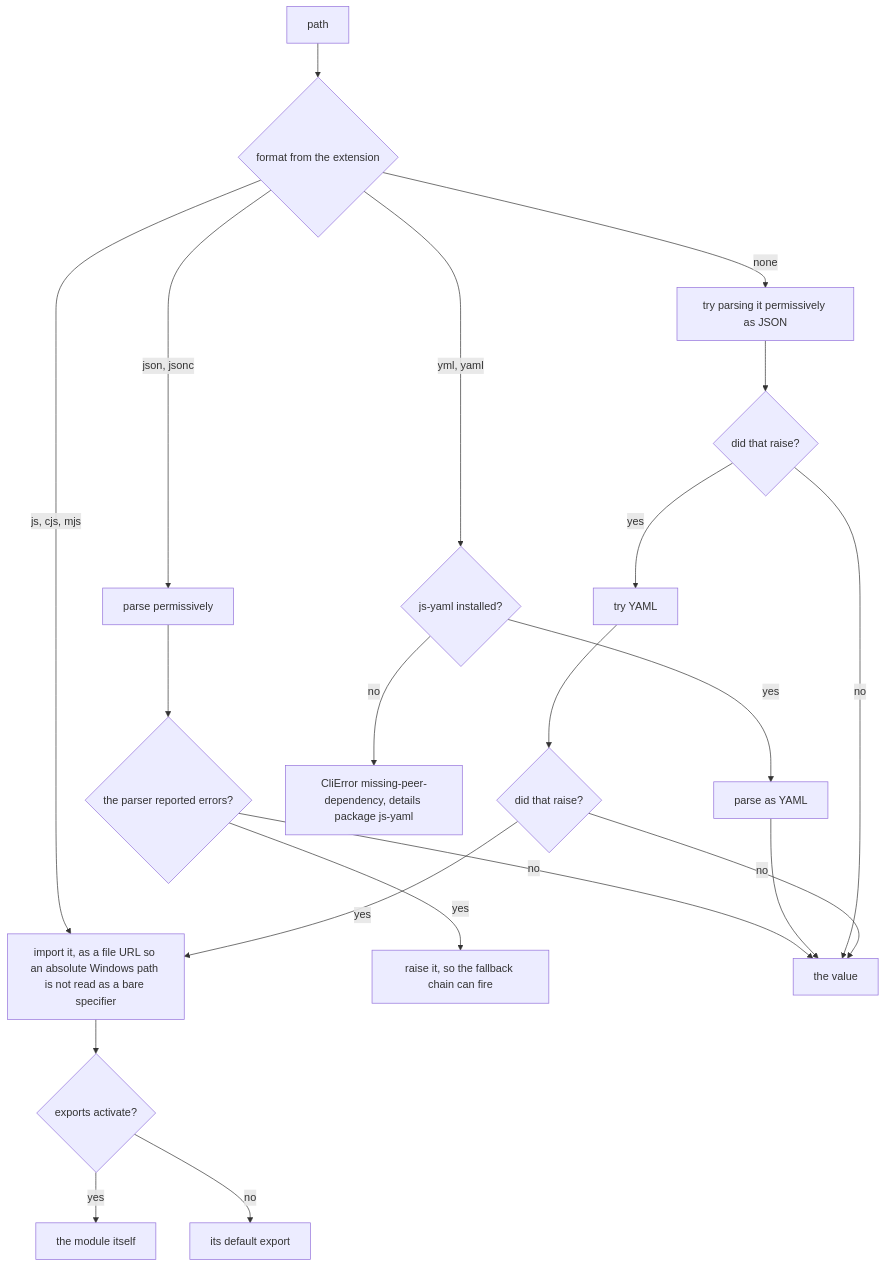
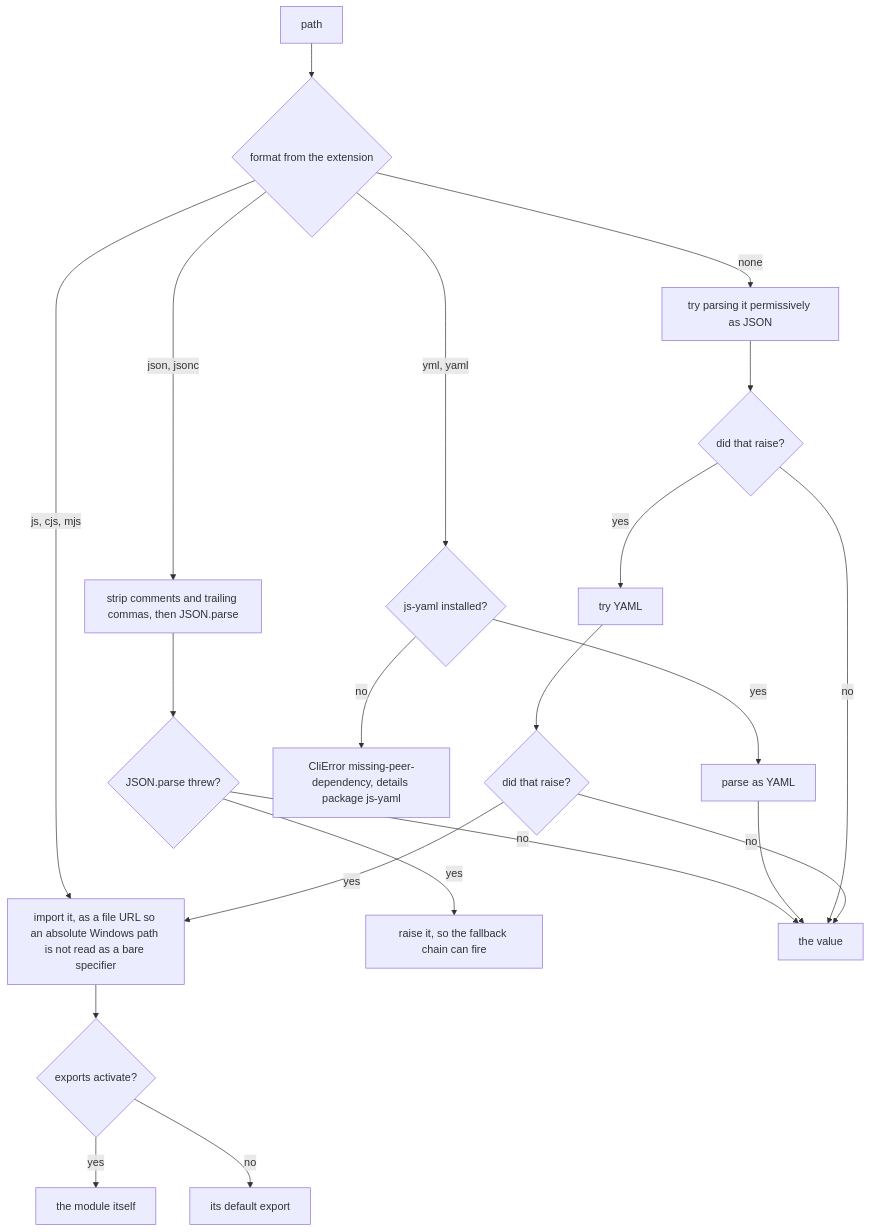
The fourth of 5 diagrams in packages/clibuilder/.agents/spec/configuration/README.md (clibuilder/clibuilder), drawn with Mermaid before and after one commit. The commit also changed 8 other files, not shown here.

First line of the commit message:
perf(config): replace jsonc-parser with an internal stripJsonc (#694)

````diff
--- a/packages/clibuilder/.agents/spec/configuration/README.md
+++ b/packages/clibuilder/.agents/spec/configuration/README.md
@@ -252,18 +252,18 @@
 ```mermaid
 graph TD
   R[path] --> FMT{format from the extension}
   FMT -- "js, cjs, mjs" --> MOD[import it, as a file URL so an absolute Windows path is not read as a bare specifier] --> ACT{exports activate?}
   ACT -- yes --> WHOLE[the module itself]
   ACT -- no --> DEF[its default export]
-  FMT -- "json, jsonc" --> JS[parse permissively] --> ERR{the parser reported errors?}
+  FMT -- "json, jsonc" --> JS[strip comments and trailing commas, then JSON.parse] --> ERR{JSON.parse threw?}
   ERR -- yes --> THROW[raise it, so the fallback chain can fire]
   ERR -- no --> VAL[the value]
   FMT -- "yml, yaml" --> LY{"js-yaml installed?"}
   LY -- yes --> YA[parse as YAML] --> VAL
   LY -- no --> MPD["CliError missing-peer-dependency, details package js-yaml"]
   FMT -- "none" --> T1[try parsing it permissively as JSON] --> T1Q{did that raise?}
   T1Q -- no --> VAL
   T1Q -- yes --> T2[try YAML] --> T2Q{did that raise?}
   T2Q -- no --> VAL
   T2Q -- yes --> MOD
 ```
````
